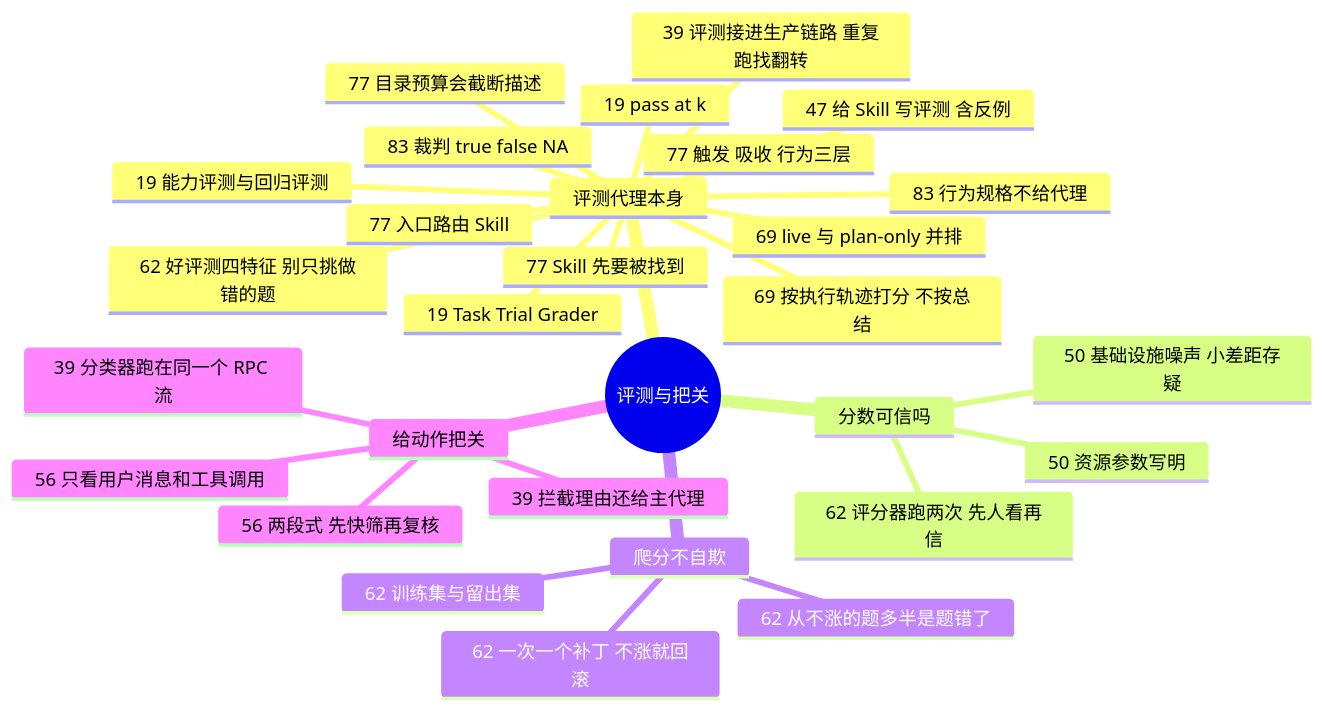
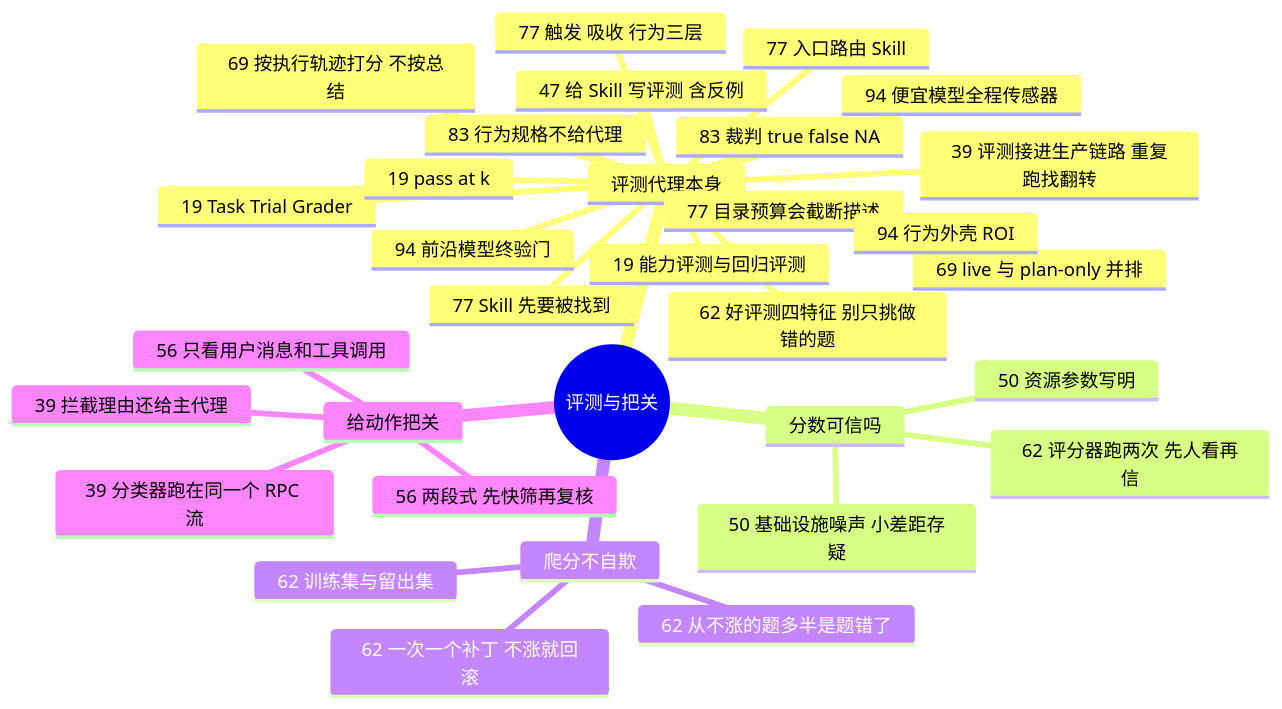
Before and after one commit to yzw7489757/ai-coding-videos: the diagram in docs/guide/evals.md, drawn with Mermaid. The commit also changed other lines of this file and 17 other files, not shown here.

````diff
--- a/docs/guide/evals.md
+++ b/docs/guide/evals.md
@@ -15,32 +15,35 @@
 ```mermaid
 mindmap
   root((评测与把关))
     评测代理本身
       19 Task Trial Grader
       19 能力评测与回归评测
       19 pass at k
       39 评测接进生产链路 重复跑找翻转
       47 给 Skill 写评测 含反例
       62 好评测四特征 别只挑做错的题
       69 按执行轨迹打分 不按总结
       69 live 与 plan-only 并排
       83 行为规格不给代理
       83 裁判 true false NA
       77 Skill 先要被找到
       77 触发 吸收 行为三层
       77 入口路由 Skill
       77 目录预算会截断描述
+      94 行为外壳 ROI
+      94 便宜模型全程传感器
+      94 前沿模型终验门
     分数可信吗
       50 基础设施噪声 小差距存疑
       50 资源参数写明
       62 评分器跑两次 先人看再信
     爬分不自欺
       62 训练集与留出集
       62 一次一个补丁 不涨就回滚
       62 从不涨的题多半是题错了
     给动作把关
       39 分类器跑在同一个 RPC 流
       39 拦截理由还给主代理
       56 两段式 先快筛再复核
       56 只看用户消息和工具调用
 ```
````
